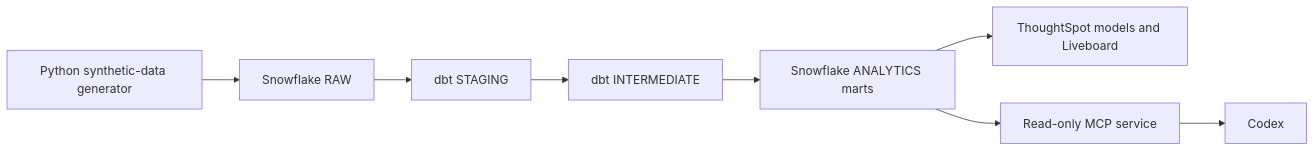
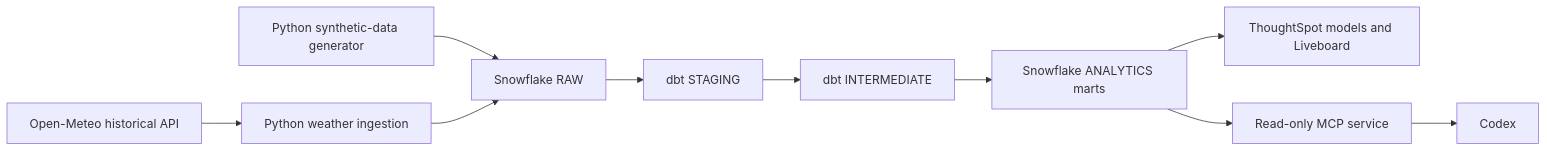
One commit to abhioriganti/travelops-iq changed the diagram in README.md. Above: the diagram before and after it, drawn with Mermaid. The commit also changed other lines of this file and 14 other files, not shown here.

````diff
--- a/README.md
+++ b/README.md
@@ -26,10 +29,12 @@
 ```mermaid
 flowchart LR
     A[Python synthetic-data generator] --> B[Snowflake RAW]
+    X[Open-Meteo historical API] --> W[Python weather ingestion]
+    W --> B
     B --> C[dbt STAGING]
     C --> D[dbt INTERMEDIATE]
     D --> E[Snowflake ANALYTICS marts]
     E --> F[ThoughtSpot models and Liveboard]
     E --> G[Read-only MCP service]
     G --> H[Codex]
 ```
````
